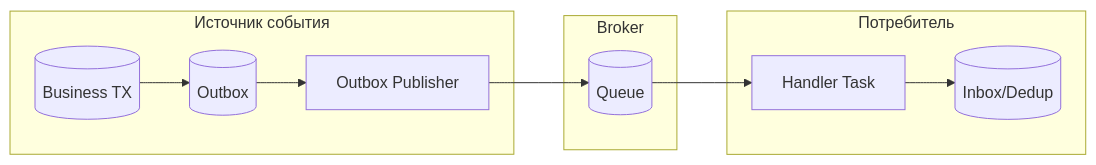
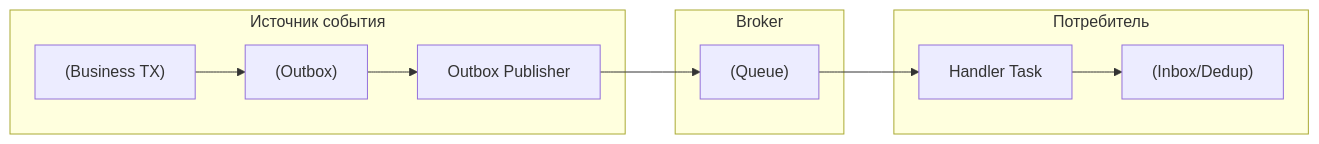
Before and after one commit to DDoSKudya/ai-study-atlas: the diagram in directions/services/celery/pact/20_prakticheskie_arkhitekturnye_patterny/14_20_20_4_event_driven_handlers.md, drawn with Mermaid. The commit also changed 322 other files, not shown here.

Commit message:
fix(docs): make mermaid diagrams GitHub-compatible across directions content

````diff
--- a/directions/services/celery/pact/20_prakticheskie_arkhitekturnye_patterny/14_20_20_4_event_driven_handlers.md
+++ b/directions/services/celery/pact/20_prakticheskie_arkhitekturnye_patterny/14_20_20_4_event_driven_handlers.md
@@ -48,17 +48,17 @@
 ```mermaid
 flowchart LR
   subgraph ServiceA["Источник события"]
-    TX[(Business TX)]
-    OUT[(Outbox)]
-    PUB[Outbox Publisher]
+    TX["(Business TX)"]
+    OUT["(Outbox)"]
+    PUB["Outbox Publisher"]
   end
   subgraph Broker["Broker"]
-    Q[(Queue)]
+    Q["(Queue)"]
   end
   subgraph ServiceB["Потребитель"]
-    IN[(Inbox/Dedup)]
-    H[Handler Task]
+    IN["(Inbox/Dedup)"]
+    H["Handler Task"]
   end
 
   TX --> OUT --> PUB --> Q --> H --> IN
 ```
````
